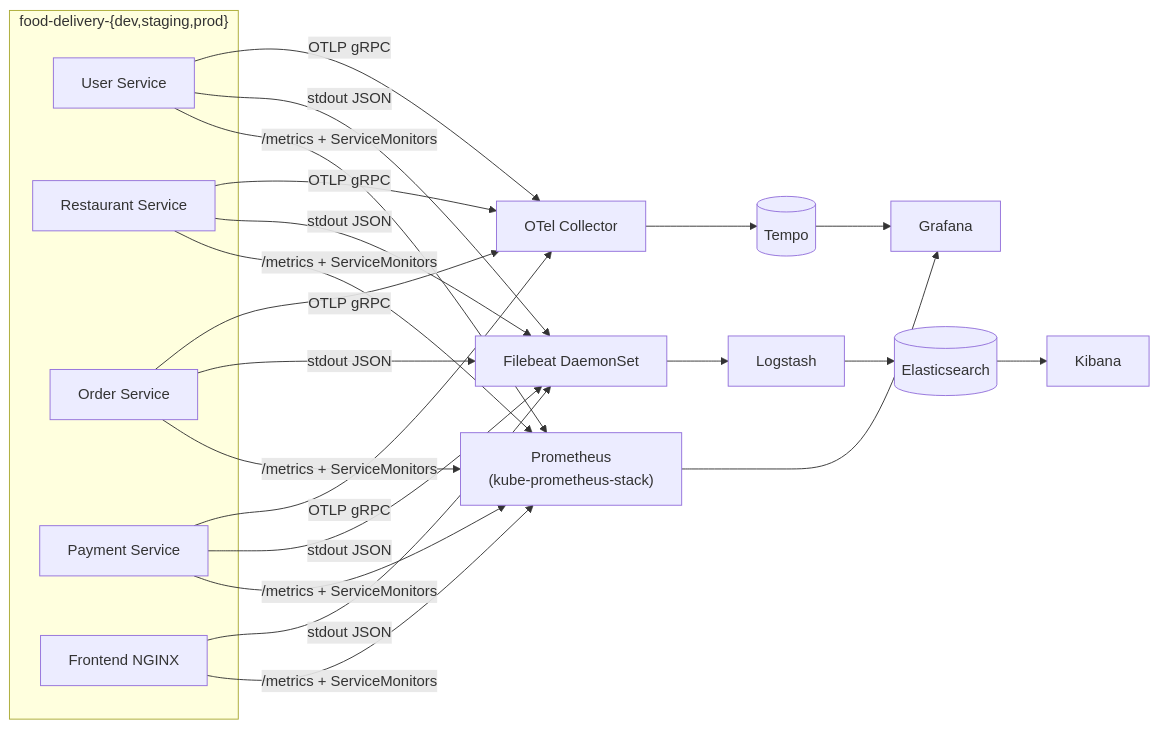
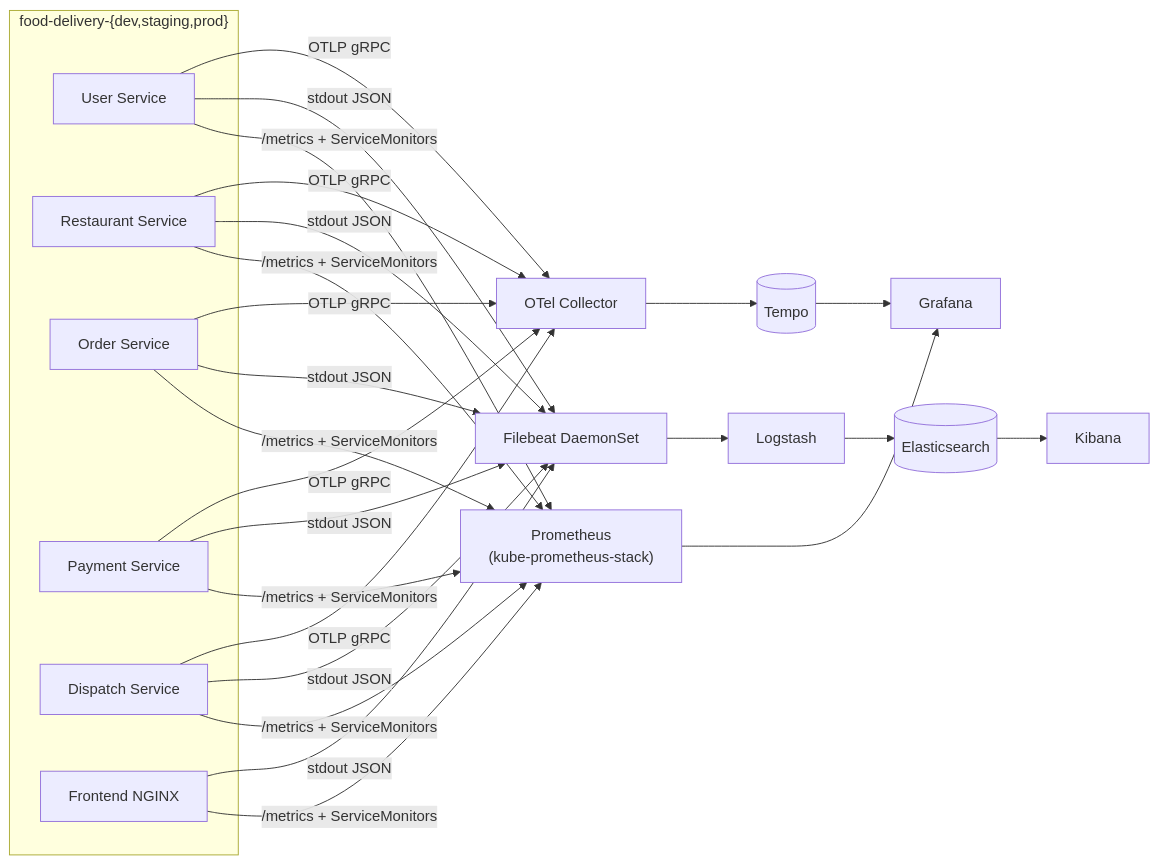
The fourth of 8 diagrams in README.md (ThePainTester/food-delivery), drawn with Mermaid before and after one commit. The commit also changed other lines of this file, not shown here.

````diff
--- a/README.md
+++ b/README.md
@@ -126,20 +126,21 @@
 ```mermaid
 flowchart LR
   subgraph apps["food-delivery-{dev,staging,prod}"]
     a1["User Service"]
     a2["Restaurant Service"]
     a3["Order Service"]
     a4["Payment Service"]
+    a6["Dispatch Service"]
     a5["Frontend NGINX"]
   end
 
-  a1 & a2 & a3 & a4 & a5 -- "/metrics + ServiceMonitors" --> prom["Prometheus<br/>(kube-prometheus-stack)"]
-  a1 & a2 & a3 & a4 & a5 -- "stdout JSON" --> fb["Filebeat DaemonSet"]
-  a1 & a2 & a3 & a4 -- "OTLP gRPC" --> otel["OTel Collector"]
+  a1 & a2 & a3 & a4 & a6 & a5 -- "/metrics + ServiceMonitors" --> prom["Prometheus<br/>(kube-prometheus-stack)"]
+  a1 & a2 & a3 & a4 & a6 & a5 -- "stdout JSON" --> fb["Filebeat DaemonSet"]
+  a1 & a2 & a3 & a4 & a6 -- "OTLP gRPC" --> otel["OTel Collector"]
 
   fb --> ls["Logstash"] --> es[("Elasticsearch")]
   otel --> tempo[("Tempo")]
   prom --> graf["Grafana"]
   tempo --> graf
   es --> kib["Kibana"]
 ```
````
